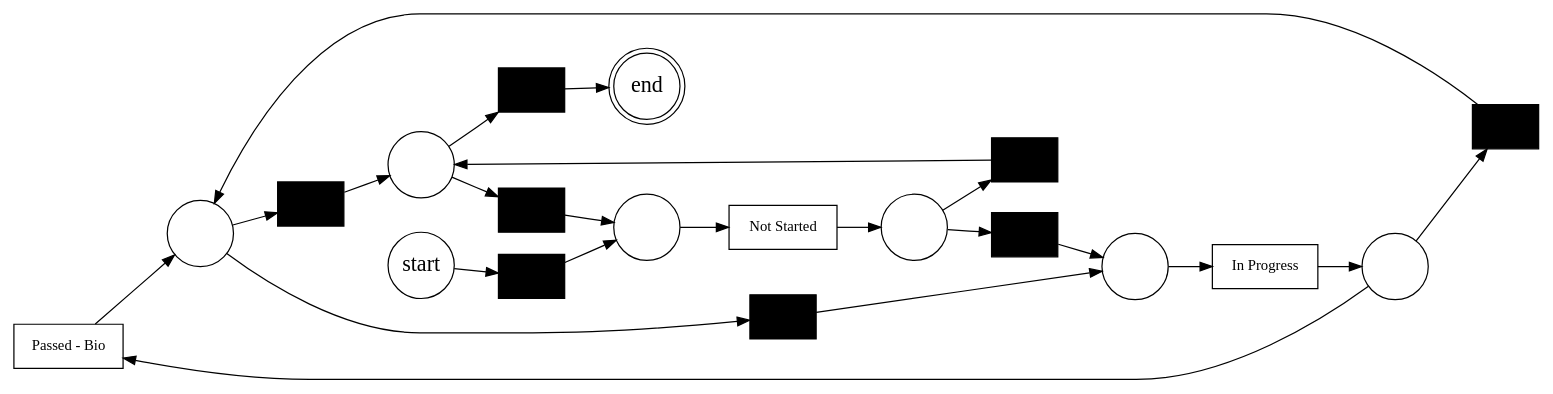
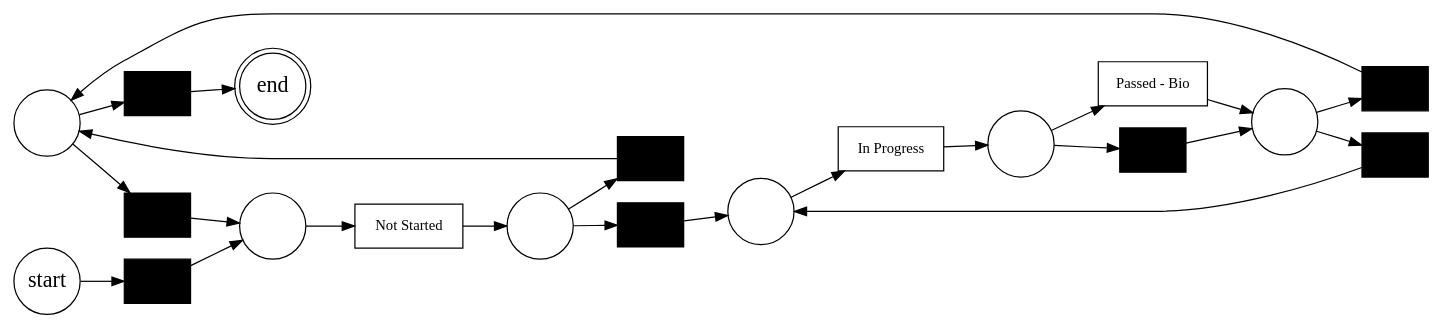
The diagram in lifecycles/level2/induct/Criminality Assessment.gv (ProcessMining-uOttawa/ircc), drawn with Graphviz before and after one commit. The commit also changed 322 other files, not shown here.

```diff
--- a/lifecycles/level2/induct/Criminality Assessment.gv
+++ b/lifecycles/level2/induct/Criminality Assessment.gv
@@ -1,46 +1,46 @@
-digraph "imdf_net_1731853347.718726" {
+digraph "imdf_net_1732282696.5020711" {
 	graph [bgcolor=white rankdir=LR]
 	node [shape=box]
-	13946669328 [label="Passed - Bio" border=1 fillcolor=white fontcolor=black fontsize=12 style=filled]
-	13946671312 [label="" border=1 fillcolor=black fontcolor=black fontsize=12 style=filled]
-	13946668880 [label="" border=1 fillcolor=black fontcolor=black fontsize=12 style=filled]
-	13946669904 [label="" border=1 fillcolor=black fontcolor=black fontsize=12 style=filled]
-	6203358160 [label="" border=1 fillcolor=black fontcolor=black fontsize=12 style=filled]
-	6203348752 [label="Not Started" border=1 fillcolor=white fontcolor=black fontsize=12 style=filled]
-	6203343824 [label="" border=1 fillcolor=black fontcolor=black fontsize=12 style=filled]
-	6203343312 [label="" border=1 fillcolor=black fontcolor=black fontsize=12 style=filled]
-	13946669200 [label="In Progress" border=1 fillcolor=white fontcolor=black fontsize=12 style=filled]
-	13946671248 [label="" border=1 fillcolor=black fontcolor=black fontsize=12 style=filled]
-	13946672592 [label="" border=1 fillcolor=black fontcolor=black fontsize=12 style=filled]
-	6203347216 [label="start" fillcolor=white fixedsize=true fontsize=18 shape=circle style=filled width=0.75]
-	13946668368 [label="" fillcolor=white fixedsize=true shape=circle style=filled width=0.75]
-	6203358800 [label="" fillcolor=white fixedsize=true shape=circle style=filled width=0.75]
-	6203347408 [label="" fillcolor=white fixedsize=true shape=circle style=filled width=0.75]
-	6203350416 [label="" fillcolor=white fixedsize=true shape=circle style=filled width=0.75]
-	6203356112 [label="" fillcolor=white fixedsize=true shape=circle style=filled width=0.75]
-	13946672080 [label="" fillcolor=white fixedsize=true shape=circle style=filled width=0.75]
-	6203350288 [label="end" fillcolor=white fixedsize=true fontsize=18 shape=doublecircle style=filled width=0.75]
-	13946669200 -> 13946668368 [label="" arrowhead=normal fontsize=12]
-	6203348752 -> 6203350416 [label="" arrowhead=normal fontsize=12]
-	13946669328 -> 13946672080 [label="" arrowhead=normal fontsize=12]
-	6203343312 -> 6203356112 [label="" arrowhead=normal fontsize=12]
-	13946668368 -> 13946669328 [label="" arrowhead=normal fontsize=12]
-	13946668368 -> 13946671248 [label="" arrowhead=normal fontsize=12]
-	6203358800 -> 6203348752 [label="" arrowhead=normal fontsize=12]
-	6203347408 -> 13946669904 [label="" arrowhead=normal fontsize=12]
-	6203347408 -> 13946672592 [label="" arrowhead=normal fontsize=12]
-	6203350416 -> 6203343312 [label="" arrowhead=normal fontsize=12]
-	6203350416 -> 6203343824 [label="" arrowhead=normal fontsize=12]
-	6203356112 -> 13946669200 [label="" arrowhead=normal fontsize=12]
-	13946672080 -> 13946671312 [label="" arrowhead=normal fontsize=12]
-	13946672080 -> 13946668880 [label="" arrowhead=normal fontsize=12]
-	13946671312 -> 6203347408 [label="" arrowhead=normal fontsize=12]
-	13946669904 -> 6203358800 [label="" arrowhead=normal fontsize=12]
-	13946672592 -> 6203350288 [label="" arrowhead=normal fontsize=12]
-	6203343824 -> 6203347408 [label="" arrowhead=normal fontsize=12]
-	13946671248 -> 13946672080 [label="" arrowhead=normal fontsize=12]
-	13946668880 -> 6203356112 [label="" arrowhead=normal fontsize=12]
-	6203347216 -> 6203358160 [label="" arrowhead=normal fontsize=12]
-	6203358160 -> 6203358800 [label="" arrowhead=normal fontsize=12]
+	13477274192 [label="" border=1 fillcolor=black fontcolor=black fontsize=12 style=filled]
+	13477274448 [label="" border=1 fillcolor=black fontcolor=black fontsize=12 style=filled]
+	13477337424 [label="" border=1 fillcolor=black fontcolor=black fontsize=12 style=filled]
+	13477270480 [label="Not Started" border=1 fillcolor=white fontcolor=black fontsize=12 style=filled]
+	13477269584 [label="" border=1 fillcolor=black fontcolor=black fontsize=12 style=filled]
+	13477273744 [label="" border=1 fillcolor=black fontcolor=black fontsize=12 style=filled]
+	13477269712 [label="In Progress" border=1 fillcolor=white fontcolor=black fontsize=12 style=filled]
+	13477267920 [label="" border=1 fillcolor=black fontcolor=black fontsize=12 style=filled]
+	13477269776 [label="" border=1 fillcolor=black fontcolor=black fontsize=12 style=filled]
+	13477267792 [label="" border=1 fillcolor=black fontcolor=black fontsize=12 style=filled]
+	13477268880 [label="Passed - Bio" border=1 fillcolor=white fontcolor=black fontsize=12 style=filled]
+	13477343760 [label="start" fillcolor=white fixedsize=true fontsize=18 shape=circle style=filled width=0.75]
+	13477276944 [label="" fillcolor=white fixedsize=true shape=circle style=filled width=0.75]
+	13477271440 [label="" fillcolor=white fixedsize=true shape=circle style=filled width=0.75]
+	13477275344 [label="" fillcolor=white fixedsize=true shape=circle style=filled width=0.75]
+	13477280272 [label="" fillcolor=white fixedsize=true shape=circle style=filled width=0.75]
+	13477265808 [label="" fillcolor=white fixedsize=true shape=circle style=filled width=0.75]
+	13477274704 [label="" fillcolor=white fixedsize=true shape=circle style=filled width=0.75]
+	13477340816 [label="end" fillcolor=white fixedsize=true fontsize=18 shape=doublecircle style=filled width=0.75]
+	13477269712 -> 13477276944 [label="" arrowhead=normal fontsize=12]
+	13477270480 -> 13477280272 [label="" arrowhead=normal fontsize=12]
+	13477268880 -> 13477274704 [label="" arrowhead=normal fontsize=12]
+	13477273744 -> 13477265808 [label="" arrowhead=normal fontsize=12]
+	13477276944 -> 13477268880 [label="" arrowhead=normal fontsize=12]
+	13477276944 -> 13477267920 [label="" arrowhead=normal fontsize=12]
+	13477271440 -> 13477270480 [label="" arrowhead=normal fontsize=12]
+	13477275344 -> 13477269776 [label="" arrowhead=normal fontsize=12]
+	13477275344 -> 13477274192 [label="" arrowhead=normal fontsize=12]
+	13477280272 -> 13477273744 [label="" arrowhead=normal fontsize=12]
+	13477280272 -> 13477269584 [label="" arrowhead=normal fontsize=12]
+	13477265808 -> 13477269712 [label="" arrowhead=normal fontsize=12]
+	13477274704 -> 13477267792 [label="" arrowhead=normal fontsize=12]
+	13477274704 -> 13477274448 [label="" arrowhead=normal fontsize=12]
+	13477267792 -> 13477275344 [label="" arrowhead=normal fontsize=12]
+	13477269776 -> 13477271440 [label="" arrowhead=normal fontsize=12]
+	13477274192 -> 13477340816 [label="" arrowhead=normal fontsize=12]
+	13477269584 -> 13477275344 [label="" arrowhead=normal fontsize=12]
+	13477267920 -> 13477274704 [label="" arrowhead=normal fontsize=12]
+	13477274448 -> 13477265808 [label="" arrowhead=normal fontsize=12]
+	13477343760 -> 13477337424 [label="" arrowhead=normal fontsize=12]
+	13477337424 -> 13477271440 [label="" arrowhead=normal fontsize=12]
 	overlap=false
 }
```
